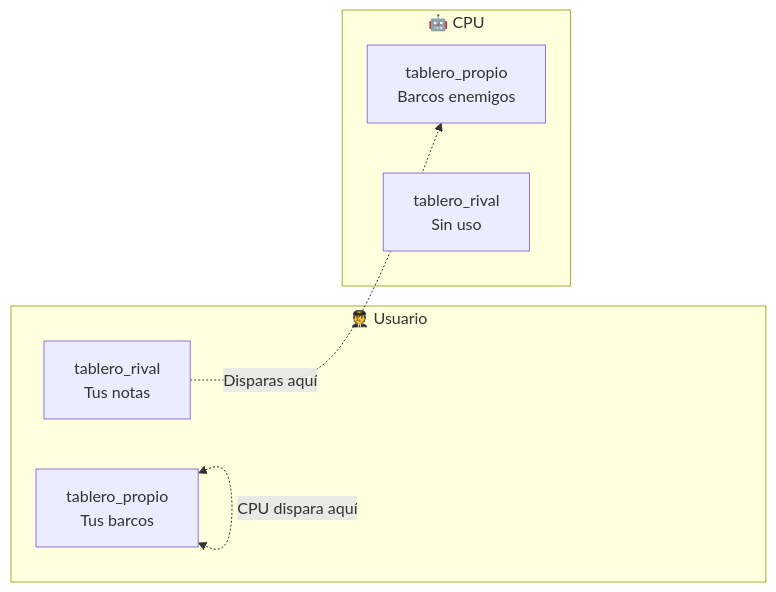
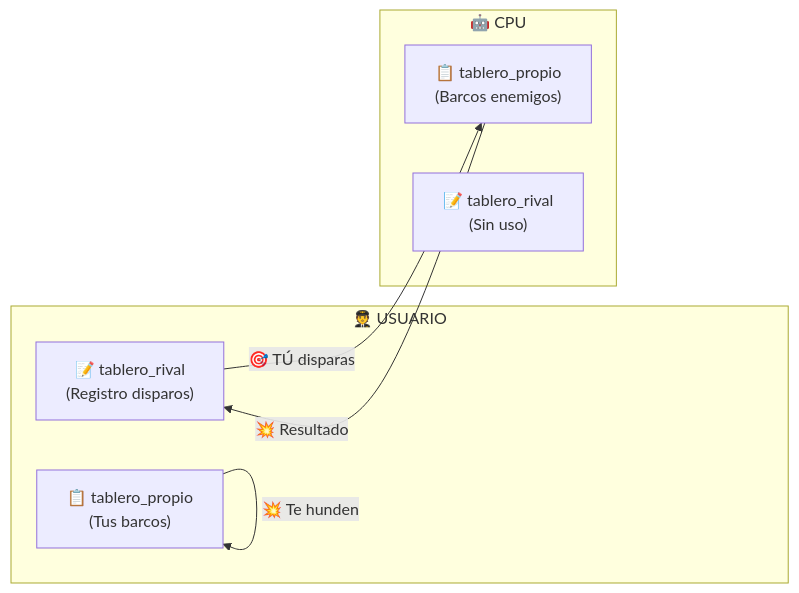
Before and after one commit to Pabloceda/ProyectoPython: the first of 2 diagrams in DocumentaciónHundirFlota.md, drawn with Mermaid.

Commit message:
grafico mermaid tableros

````diff
--- a/DocumentaciónHundirFlota.md
+++ b/DocumentaciónHundirFlota.md
@@ -133,15 +133,18 @@
 ```mermaid
-graph LR
-    subgraph Usuario["🧑‍✈️ Usuario"]
-        UP[tablero_propio<br/>Tus barcos]
-        UR[tablero_rival<br/>Tus notas]
+flowchart LR
+    subgraph Usuario["🧑‍✈️ USUARIO"]
+        UP["📋 tablero_propio<br/>(Tus barcos)"]
+        UR["📝 tablero_rival<br/>(Registro disparos)"]
     end
     
     subgraph CPU["🤖 CPU"]
-        CP[tablero_propio<br/>Barcos enemigos]
-        CR[tablero_rival<br/>Sin uso]
+        CP["📋 tablero_propio<br/>(Barcos enemigos)"]
+        CR["📝 tablero_rival<br/>(Sin uso)"]
     end
     
-    UR -.->|Disparas aquí| CP
-    UP <-.->|CPU dispara aquí| UP
+    UR -->|"🎯 TÚ disparas"| CP
+    CP -->|"💥 Resultado"| UR
+    
+    UP -->|"🎯 CPU dispara"| UP
+    UP -->|"💥 Te hunden"| UP
 ```
````
